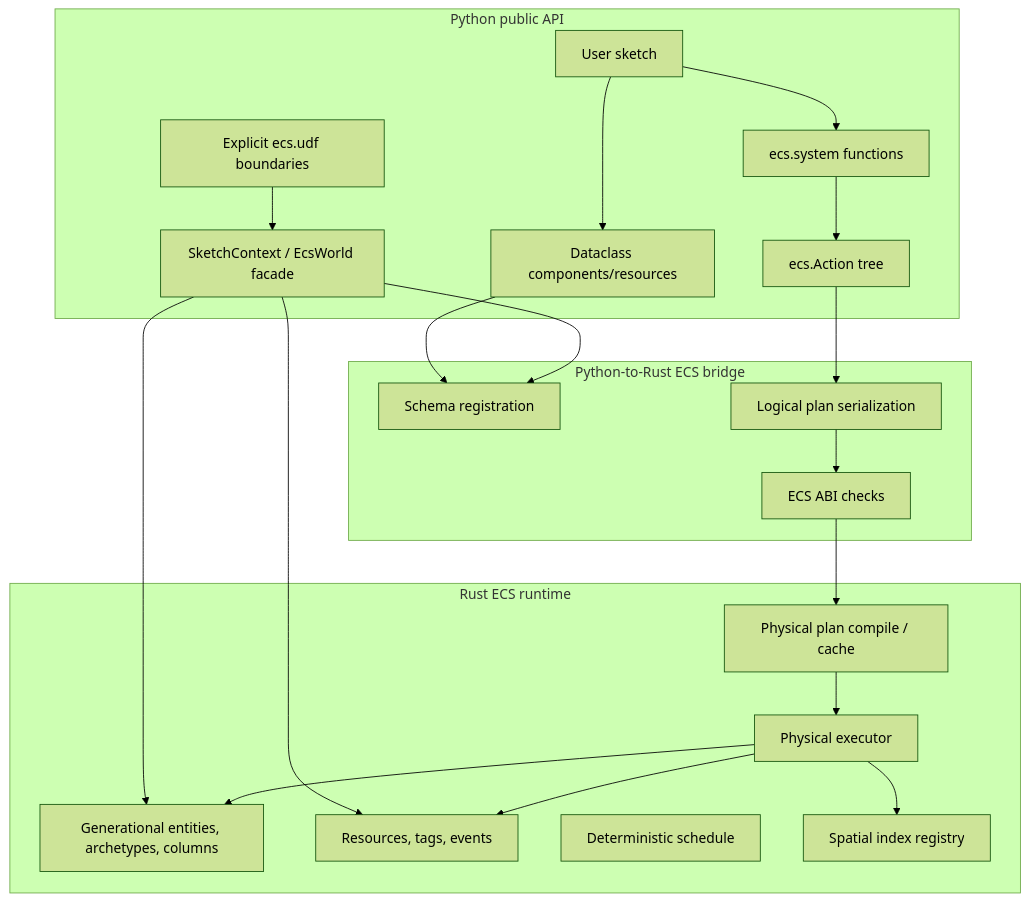
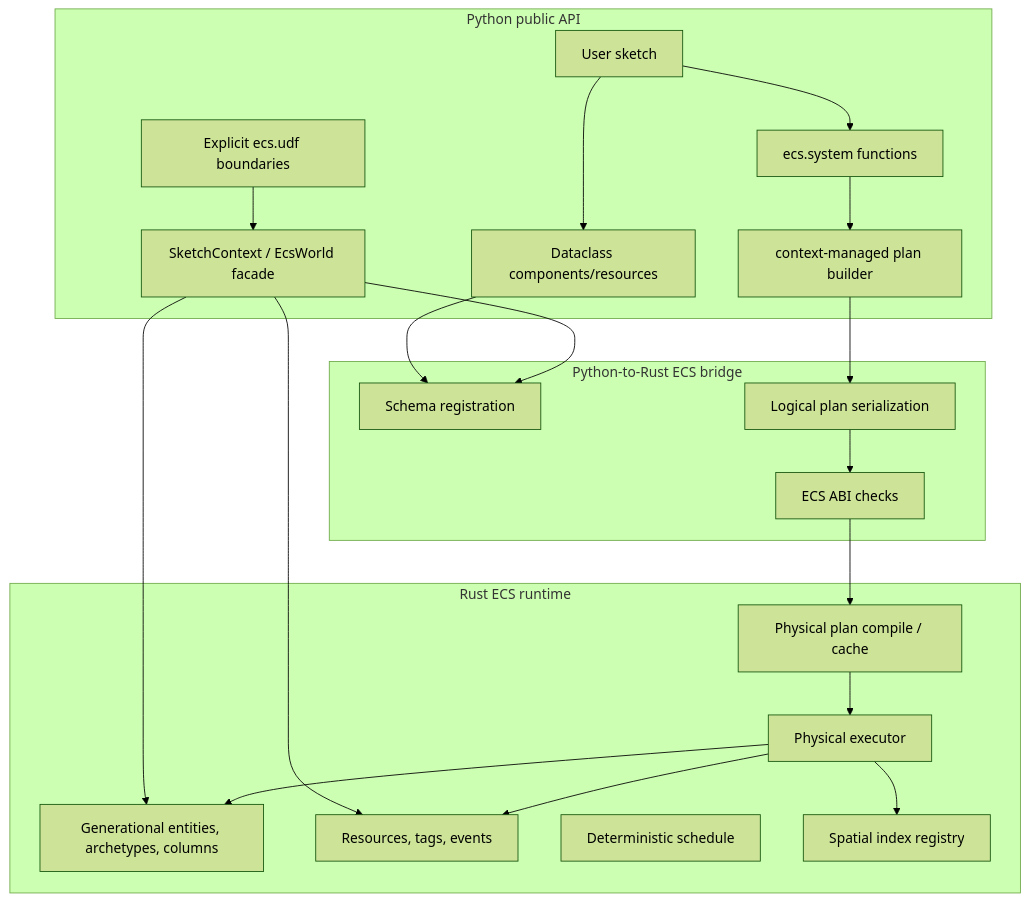
Before and after one commit to JonathanHHenson/gummy_snake: the diagram in docs/contribute/ecs_architecture.md, drawn with Mermaid (forest theme). The commit also changed other lines of this file and 26 other files, not shown here.

Commit message:
Adopt context-managed ECS system plans

````diff
--- a/docs/contribute/ecs_architecture.md
+++ b/docs/contribute/ecs_architecture.md
@@ -11,42 +12,42 @@
 ```mermaid
 flowchart TD
     subgraph Python["Python public API"]
         Sketch[User sketch]
         Dataclasses[Dataclass components/resources]
         Systems[ecs.system functions]
-        Actions[ecs.Action tree]
+        Builder[context-managed plan builder]
         Context[SketchContext / EcsWorld facade]
         UDF[Explicit ecs.udf boundaries]
     end
 
     subgraph Bridge["Python-to-Rust ECS bridge"]
         Schema[Schema registration]
         Logical[Logical plan serialization]
         ABI[ECS ABI checks]
     end
 
     subgraph Rust["Rust ECS runtime"]
         Storage[Generational entities, archetypes, columns]
         Resources[Resources, tags, events]
         Scheduler[Deterministic schedule]
         Optimizer[Physical plan compile / cache]
         Executor[Physical executor]
         Spatial[Spatial index registry]
     end
 
     Sketch --> Dataclasses
     Sketch --> Systems
-    Systems --> Actions
-    Actions --> Logical
+    Systems --> Builder
+    Builder --> Logical
     Dataclasses --> Schema
     Context --> Schema
     Context --> Storage
     Context --> Resources
     Logical --> ABI
     ABI --> Optimizer
     Optimizer --> Executor
     Executor --> Storage
     Executor --> Resources
     Executor --> Spatial
     UDF --> Context
 ```
````
